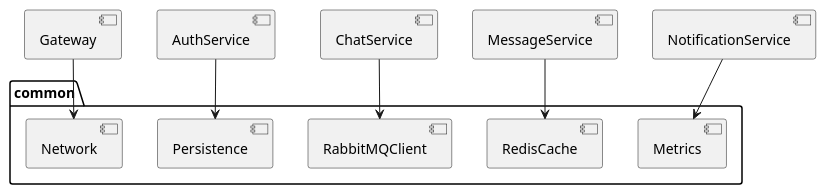
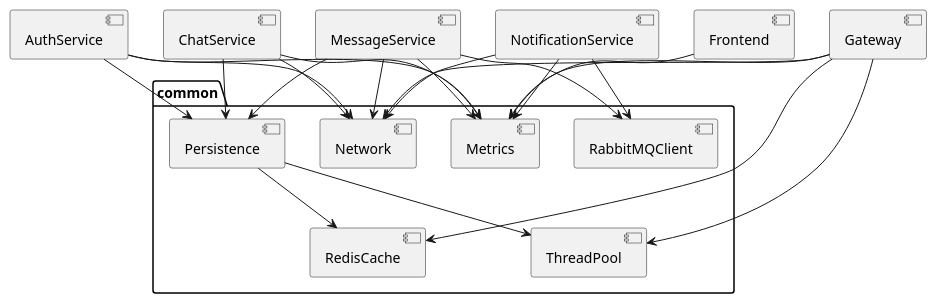
Before and after one commit to Roma3214185/Messanger: the diagram in docs/architecture/common-libs.puml, drawn with PlantUML. The commit also changed 1 other file, not shown here.

Commit message:
Update Service-to-Shared-Module Dependency Diagram

```diff
--- a/docs/architecture/common-libs.puml
+++ b/docs/architecture/common-libs.puml
@@ -1,16 +1,39 @@
 @startuml
 package "common" {
   [Network]
   [Persistence]
   [RabbitMQClient]
   [RedisCache]
   [Metrics]
+  [ThreadPool]
 }
 
 [Gateway] --> [Network]
+[AuthService] --> [Network]
+[MessageService] --> [Network]
+[ChatService] --> [Network]
+[NotificationService] --> [Network]
+
 [AuthService] --> [Persistence]
-[ChatService] --> [RabbitMQClient]
-[MessageService] --> [RedisCache]
+[MessageService] --> [Persistence]
+[ChatService] --> [Persistence]
+
+[MessageService] --> [RabbitMQClient]
+[NotificationService] --> [RabbitMQClient]
+
+[Persistence] --> [RedisCache]
+[Gateway] --> [RedisCache]
+
+[Persistence] --> [ThreadPool]
+[Gateway] --> [ThreadPool]
+
+[Frontend] --> [Metrics]
+[Gateway] --> [Metrics]
+[AuthService] --> [Metrics]
+[MessageService] --> [Metrics]
+[ChatService] --> [Metrics]
 [NotificationService] --> [Metrics]
 
+
+
 @enduml
```
